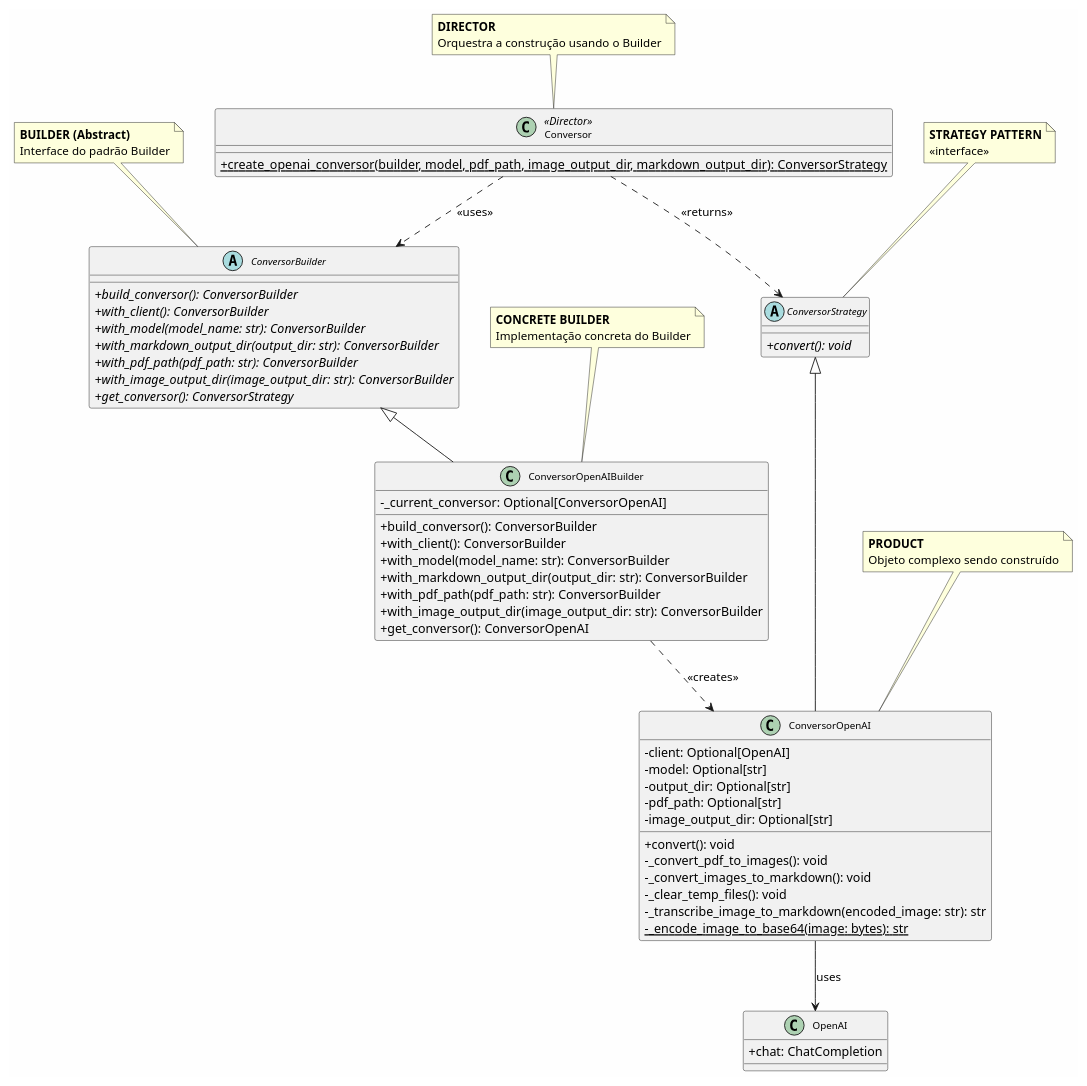
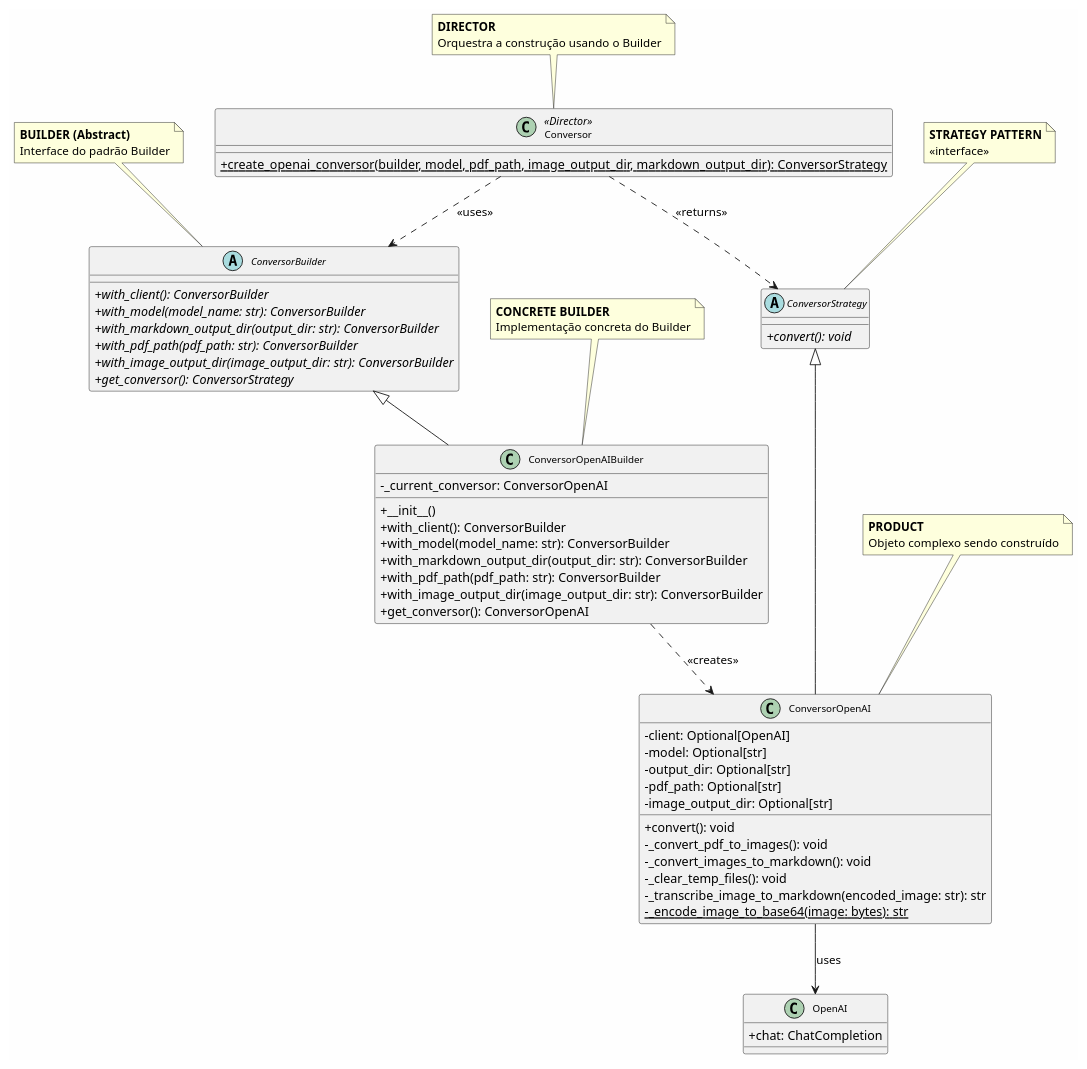
The diagram in diagrams/class_diagram.puml (dauid64/agente_analista_de_empresas), drawn with PlantUML before and after one commit. The commit also changed 4 other files, not shown here.

```diff
--- a/diagrams/class_diagram.puml
+++ b/diagrams/class_diagram.puml
@@ -1,96 +1,95 @@
 @startuml ClassDiagram
 
 skinparam classAttributeIconSize 0
 skinparam classFontSize 11
 skinparam backgroundColor #FEFEFE
 
 ' Strategy Pattern
 abstract class ConversorStrategy {
     {abstract} +convert(): void
 }
 
 class ConversorOpenAI {
     -client: Optional[OpenAI]
     -model: Optional[str]
     -output_dir: Optional[str]
     -pdf_path: Optional[str]
     -image_output_dir: Optional[str]
     
     +convert(): void
     -_convert_pdf_to_images(): void
     -_convert_images_to_markdown(): void
     -_clear_temp_files(): void
     -_transcribe_image_to_markdown(encoded_image: str): str
     {static} -_encode_image_to_base64(image: bytes): str
 }
 
 ConversorStrategy <|-- ConversorOpenAI
 
 ' Builder Pattern
 abstract class ConversorBuilder {
-    {abstract} +build_conversor(): ConversorBuilder
     {abstract} +with_client(): ConversorBuilder
     {abstract} +with_model(model_name: str): ConversorBuilder
     {abstract} +with_markdown_output_dir(output_dir: str): ConversorBuilder
     {abstract} +with_pdf_path(pdf_path: str): ConversorBuilder
     {abstract} +with_image_output_dir(image_output_dir: str): ConversorBuilder
     {abstract} +get_conversor(): ConversorStrategy
 }
 
 class ConversorOpenAIBuilder {
-    -_current_conversor: Optional[ConversorOpenAI]
+    -_current_conversor: ConversorOpenAI
     
-    +build_conversor(): ConversorBuilder
+    +__init__()
     +with_client(): ConversorBuilder
     +with_model(model_name: str): ConversorBuilder
     +with_markdown_output_dir(output_dir: str): ConversorBuilder
     +with_pdf_path(pdf_path: str): ConversorBuilder
     +with_image_output_dir(image_output_dir: str): ConversorBuilder
     +get_conversor(): ConversorOpenAI
 }
 
 ConversorBuilder <|-- ConversorOpenAIBuilder
 ConversorOpenAIBuilder ..> ConversorOpenAI : <<creates>>
 
 ' Director
 class Conversor <<Director>> {
     {static} +create_openai_conversor(builder, model, pdf_path, image_output_dir, markdown_output_dir): ConversorStrategy
 }
 
 Conversor ..> ConversorBuilder : <<uses>>
 Conversor ..> ConversorStrategy : <<returns>>
 
 ' External Dependencies
 class OpenAI {
     +chat: ChatCompletion
 }
 
 ConversorOpenAI --> OpenAI : uses
 
 ' Pattern Labels
 note top of ConversorStrategy
   **STRATEGY PATTERN**
   <<interface>>
 end note
 
 note top of ConversorOpenAI
   **PRODUCT**
   Objeto complexo sendo construído
 end note
 
 note top of ConversorBuilder
   **BUILDER (Abstract)**
   Interface do padrão Builder
 end note
 
 note top of ConversorOpenAIBuilder
   **CONCRETE BUILDER**
   Implementação concreta do Builder
 end note
 
 note top of Conversor
   **DIRECTOR**
   Orquestra a construção usando o Builder
 end note
 
 @enduml
```
